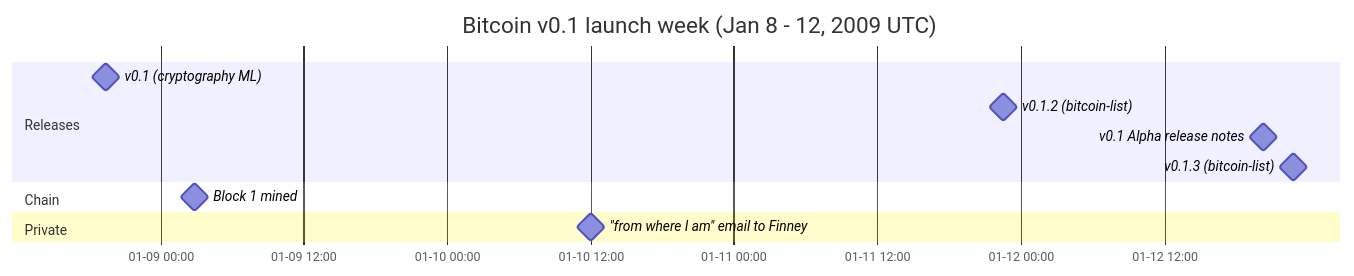
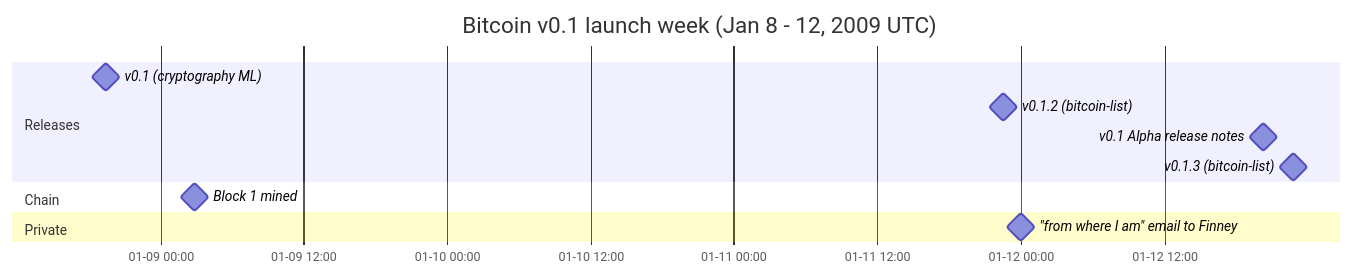
One commit to cypher256/BitcoinArchive changed the diagram in src/data/entries/en/analysis/2009-01-10-satoshi-launch-environment.md. Above: the diagram before and after it, drawn with Mermaid. The commit also changed other lines of this file and 18 other files, not shown here.

First line of the commit message:
Fix two date errors: Running bitcoin tweet time, Satoshi-Finney connectivity email

````diff
--- a/src/data/entries/en/analysis/2009-01-10-satoshi-launch-environment.md
+++ b/src/data/entries/en/analysis/2009-01-10-satoshi-launch-environment.md
@@ -78,24 +78,24 @@
 ```mermaid
 gantt
     title Bitcoin v0.1 launch week (Jan 8 - 12, 2009 UTC)
     dateFormat YYYY-MM-DD HH:mm
     axisFormat %m-%d %H:%M
 
     section Releases
     v0.1 (cryptography ML) :milestone, 2009-01-08 19:27, 0m
     %% link: /BitcoinArchive/entries/emails/cryptography/bitcoin-v0-1-released/2009-01-08-bitcoin-v0-1-released/
     v0.1.2 (bitcoin-list) :milestone, 2009-01-11 22:32, 0m
     %% link: /BitcoinArchive/entries/emails/bitcoin-list/2009-01-11-bitcoin-v0-1-2-now-available/
     v0.1 Alpha release notes :milestone, 2009-01-12 20:20, 0m
     %% link: /BitcoinArchive/entries/emails/bitcoin-list/2009-01-12-bitcoin-v0-1-alpha-release-notes/
     v0.1.3 (bitcoin-list) :milestone, 2009-01-12 22:48, 0m
     %% link: /BitcoinArchive/entries/emails/bitcoin-list/2009-01-12-bitcoin-v0-1-3/
 
     section Chain
     Block 1 mined :milestone, 2009-01-09 02:54, 0m
     %% link: /BitcoinArchive/entries/analysis/2009-01-03-genesis-block-hardcode-analysis/
 
     section Private
-    "from where I am" email to Finney :milestone, 2009-01-10 12:00, 0m
-    %% link: /BitcoinArchive/entries/aftermath/2009-01-10-satoshi-to-finney-connections/
+    "from where I am" email to Finney :milestone, 2009-01-12 00:00, 0m
+    %% link: /BitcoinArchive/entries/aftermath/2009-01-12-satoshi-to-finney-connections/
 ```
````
